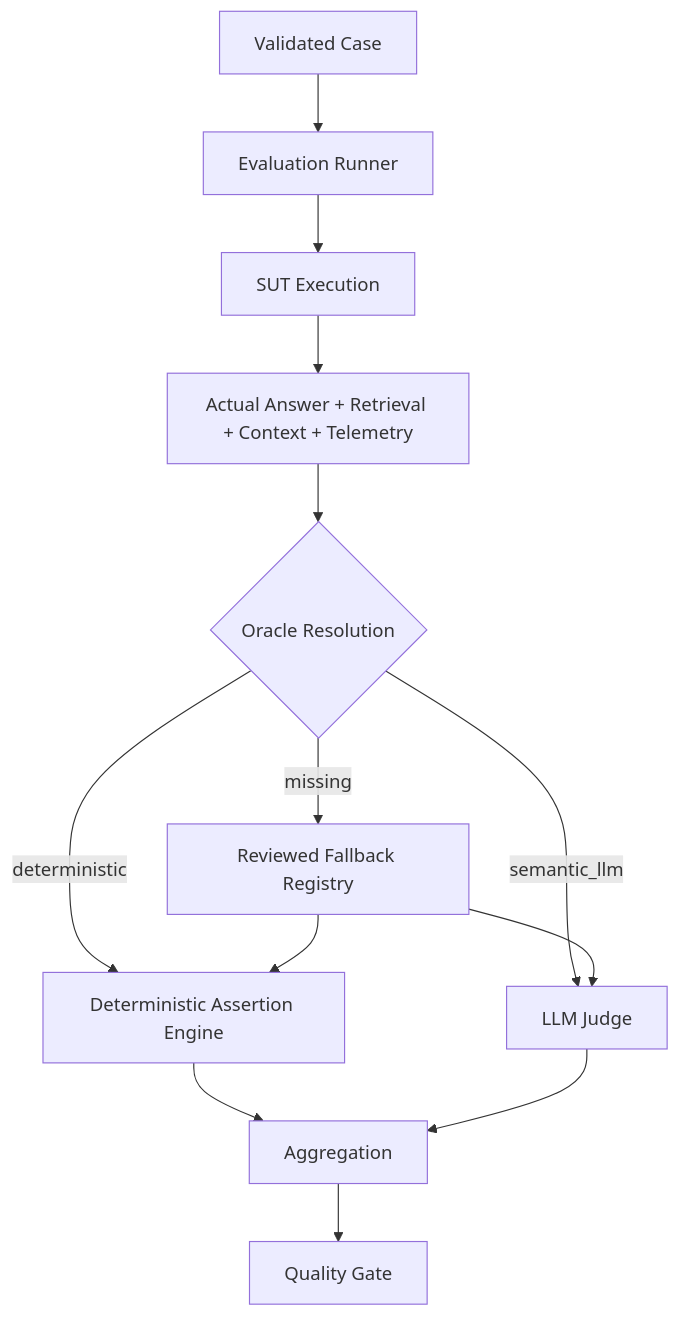
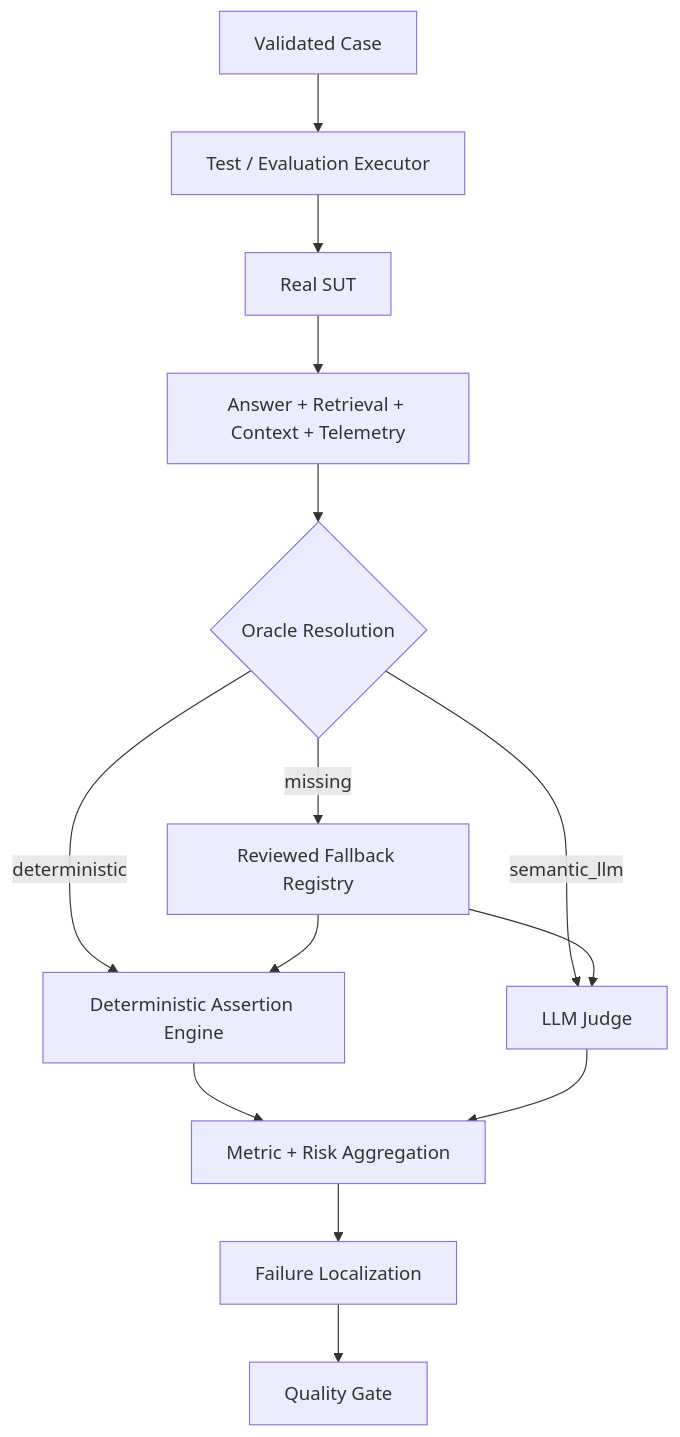
One commit to oleksandrserhieiev-beep/ai-qe-lab changed the third of 5 diagrams in docs/architecture.md. Above: the diagram before and after it, drawn with Mermaid. The commit also changed other lines of this file, not shown here.

Commit message:
Synchronize canonical architecture with current implementation

````diff
--- a/docs/architecture.md
+++ b/docs/architecture.md
@@ -153,15 +133,16 @@
 ```mermaid
 flowchart TD
-    C[Validated Case] --> R[Evaluation Runner]
-    R --> S[SUT Execution]
-    S --> E[Actual Answer + Retrieval + Context + Telemetry]
+    C[Validated Case] --> R[Test / Evaluation Executor]
+    R --> S[Real SUT]
+    S --> E[Answer + Retrieval + Context + Telemetry]
     E --> O{Oracle Resolution}
     O -->|deterministic| D[Deterministic Assertion Engine]
     O -->|semantic_llm| J[LLM Judge]
     O -->|missing| F[Reviewed Fallback Registry]
     F --> D
     F --> J
-    D --> A[Aggregation]
+    D --> A[Metric + Risk Aggregation]
     J --> A
-    A --> G[Quality Gate]
+    A --> L[Failure Localization]
+    L --> G[Quality Gate]
 ```
````
